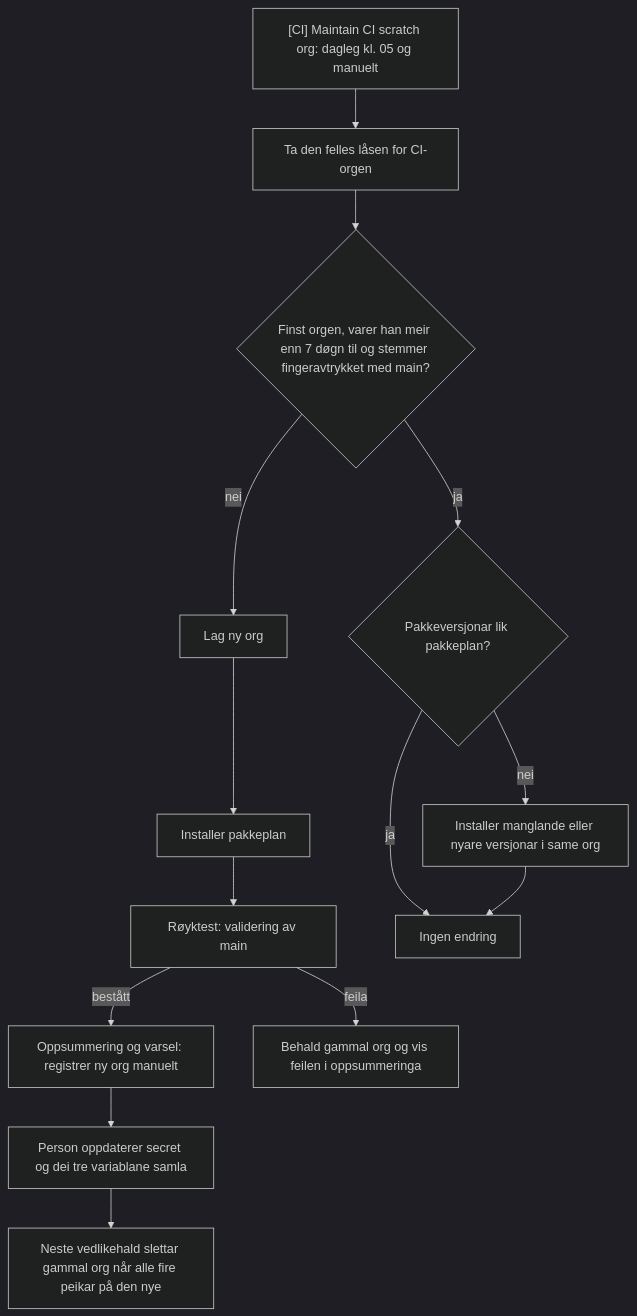
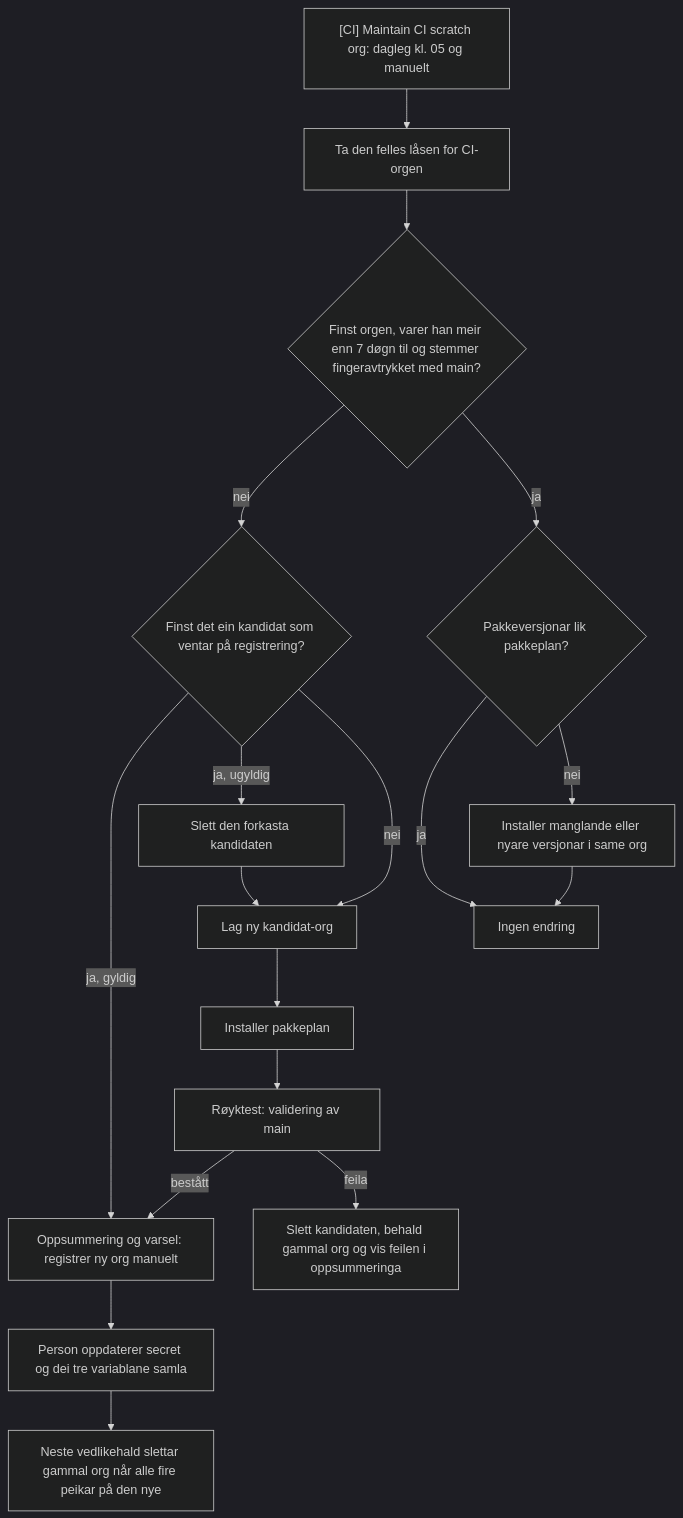
Before and after one commit to navikt/crm-arbeidsforhold: the fourth of 4 diagrams in .github/specs/reusable-scratch-org-pr-validation.md, drawn with Mermaid (dark theme). The commit also changed other lines of this file, not shown here.

Commit message:
docs(ci): keep at most one pending candidate org
Addresses Copilot review on #1273. Refs #1267

````diff
--- a/.github/specs/reusable-scratch-org-pr-validation.md
+++ b/.github/specs/reusable-scratch-org-pr-validation.md
@@ -130,16 +130,20 @@
 ```mermaid
 flowchart TD
     start["[CI] Maintain CI scratch org: dagleg kl. 05 og manuelt"] --> lock["Ta den felles låsen for CI-orgen"]
     lock --> fresh{"Finst orgen, varer han meir enn 7 døgn til og stemmer fingeravtrykket med main?"}
-    fresh -->|nei| create["Lag ny org"]
+    fresh -->|nei| pending{"Finst det ein kandidat som ventar på registrering?"}
+    pending -->|ja, gyldig| notify
+    pending -->|ja, ugyldig| discard["Slett den forkasta kandidaten"]
+    discard --> create
+    pending -->|nei| create["Lag ny kandidat-org"]
     create --> install["Installer pakkeplan"]
     install --> smoke["Røyktest: validering av main"]
     smoke -->|bestått| notify["Oppsummering og varsel: registrer ny org manuelt"]
     notify --> secret["Person oppdaterer secret og dei tre variablane samla"]
     secret --> remove["Neste vedlikehald slettar gammal org når alle fire peikar på den nye"]
-    smoke -->|feila| keep["Behald gammal org og vis feilen i oppsummeringa"]
+    smoke -->|feila| keep["Slett kandidaten, behald gammal org og vis feilen i oppsummeringa"]
     fresh -->|ja| plan{"Pakkeversjonar lik pakkeplan?"}
     plan -->|ja| unchanged["Ingen endring"]
     plan -->|nei| upgrade["Installer manglande eller nyare versjonar i same org"]
     upgrade --> unchanged
 ```
````
